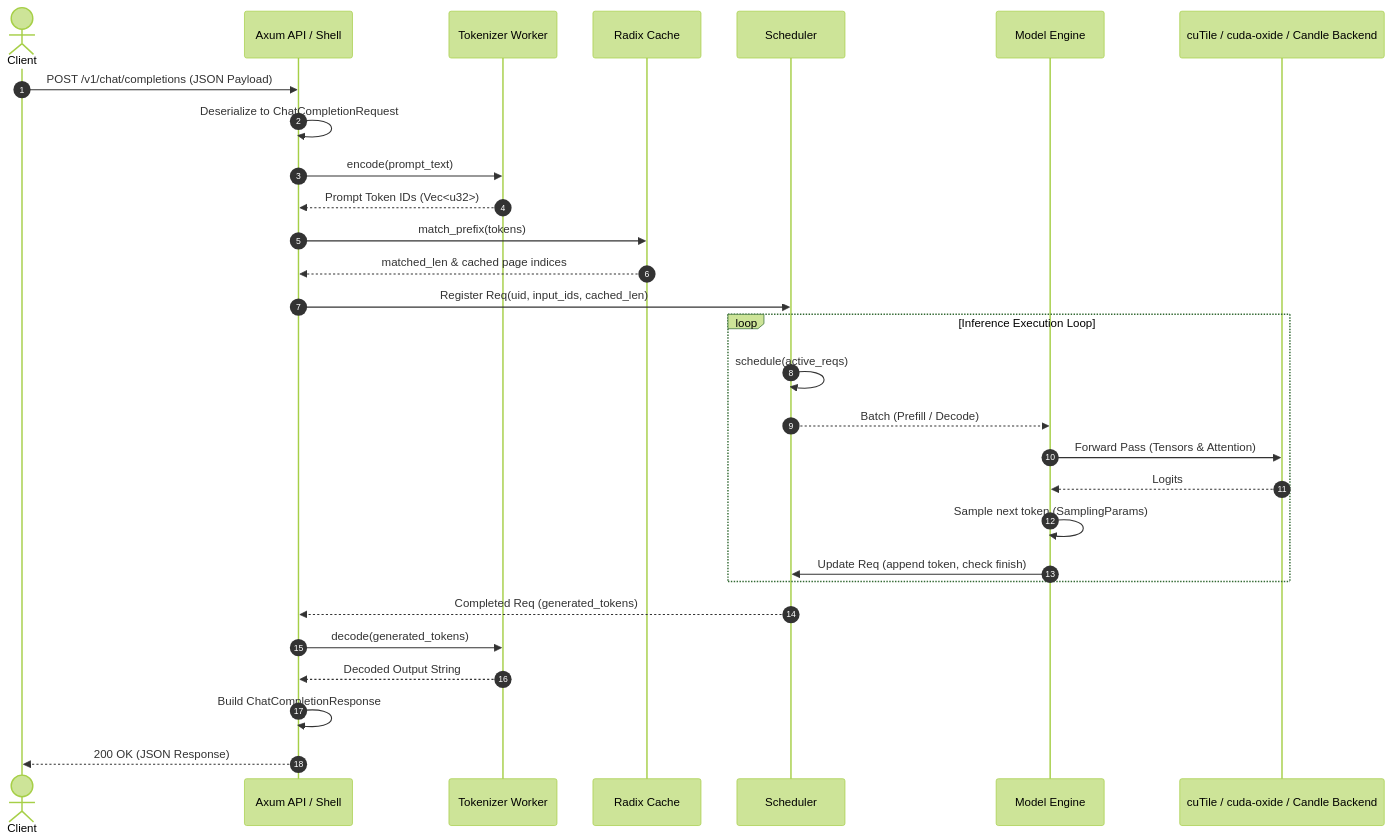
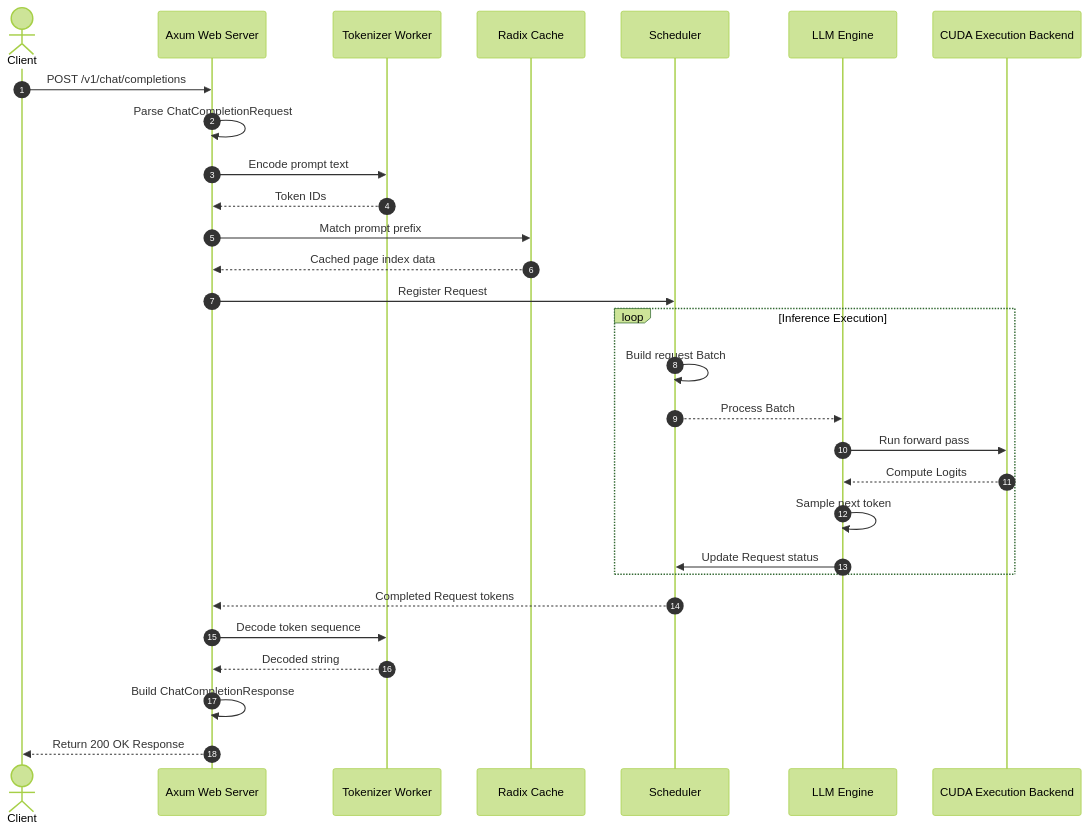
The second of 4 diagrams in README.md (Ammar-Alnagar/mini-sglang-rs), drawn with Mermaid (forest theme) before and after one commit. The commit also changed other lines of this file and 3 other files, not shown here.

First line of the commit message:
Update documentation with ASD-STE100 rules and accurate diagrams

````diff
--- a/README.md
+++ b/README.md
@@ -76,34 +76,34 @@
 ```mermaid
 sequenceDiagram
     autonumber
     actor Client
-    participant Axum as Axum API / Shell
+    participant Axum as Axum Web Server
     participant Tokenizer as Tokenizer Worker
     participant Cache as Radix Cache
     participant Scheduler as Scheduler
-    participant Engine as Model Engine
-    participant CUDA as cuTile / cuda-oxide / Candle Backend
+    participant Engine as LLM Engine
+    participant CUDA as CUDA Execution Backend
 
-    Client->>Axum: POST /v1/chat/completions (JSON Payload)
-    Axum->>Axum: Deserialize to ChatCompletionRequest
-    Axum->>Tokenizer: encode(prompt_text)
-    Tokenizer-->>Axum: Prompt Token IDs (Vec<u32>)
-    Axum->>Cache: match_prefix(tokens)
-    Cache-->>Axum: matched_len & cached page indices
-    Axum->>Scheduler: Register Req(uid, input_ids, cached_len)
+    Client->>Axum: POST /v1/chat/completions
+    Axum->>Axum: Parse ChatCompletionRequest
+    Axum->>Tokenizer: Encode prompt text
+    Tokenizer-->>Axum: Token IDs
+    Axum->>Cache: Match prompt prefix
+    Cache-->>Axum: Cached page index data
+    Axum->>Scheduler: Register Request
     
-    loop Inference Execution Loop
-        Scheduler->>Scheduler: schedule(active_reqs)
-        Scheduler-->>Engine: Batch (Prefill / Decode)
-        Engine->>CUDA: Forward Pass (Tensors & Attention)
-        CUDA-->>Engine: Logits
-        Engine->>Engine: Sample next token (SamplingParams)
-        Engine->>Scheduler: Update Req (append token, check finish)
+    loop Inference Execution
+        Scheduler->>Scheduler: Build request Batch
+        Scheduler-->>Engine: Process Batch
+        Engine->>CUDA: Run forward pass
+        CUDA-->>Engine: Compute Logits
+        Engine->>Engine: Sample next token
+        Engine->>Scheduler: Update Request status
     end
 
-    Scheduler-->>Axum: Completed Req (generated_tokens)
-    Axum->>Tokenizer: decode(generated_tokens)
-    Tokenizer-->>Axum: Decoded Output String
+    Scheduler-->>Axum: Completed Request tokens
+    Axum->>Tokenizer: Decode token sequence
+    Tokenizer-->>Axum: Decoded string
     Axum->>Axum: Build ChatCompletionResponse
-    Axum-->>Client: 200 OK (JSON Response)
+    Axum-->>Client: Return 200 OK Response
 ```
````
